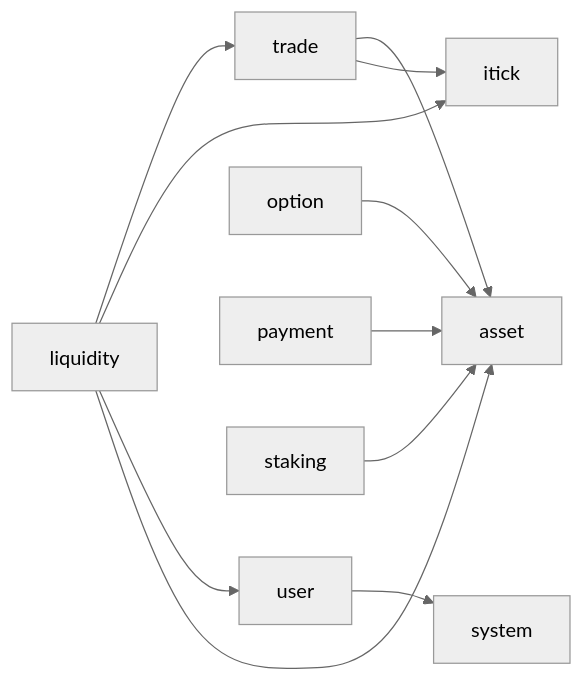
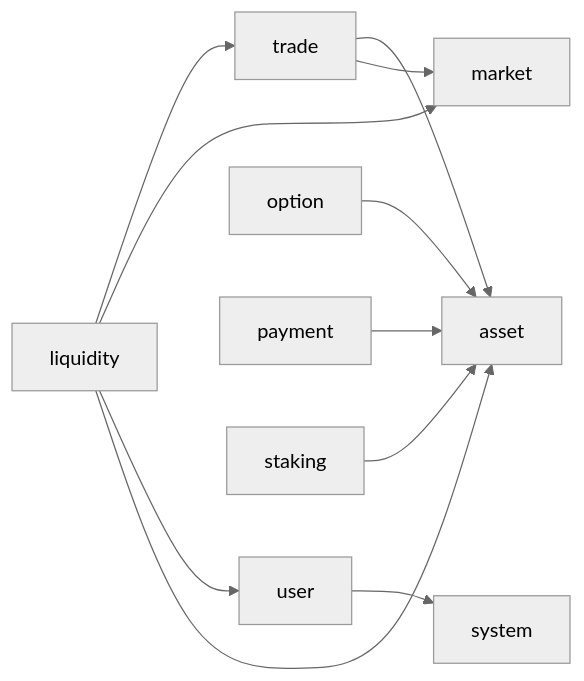
The diagram in services/RPC_DEPENDENCY_REVIEW.md (colbort/wklive), drawn with Mermaid (neutral theme) before and after one commit. The commit also changed other lines of this file and 634 other files, not shown here.

````diff
--- a/services/RPC_DEPENDENCY_REVIEW.md
+++ b/services/RPC_DEPENDENCY_REVIEW.md
@@ -36,15 +36,15 @@
 ```mermaid
 graph LR
     liquidity --> trade
-    liquidity --> itick
+    liquidity --> market
     liquidity --> user
     liquidity --> asset
 
     trade --> asset
-    trade --> itick
+    trade --> market
 
     user --> system
     option --> asset
     payment --> asset
     staking --> asset
 ```
````
